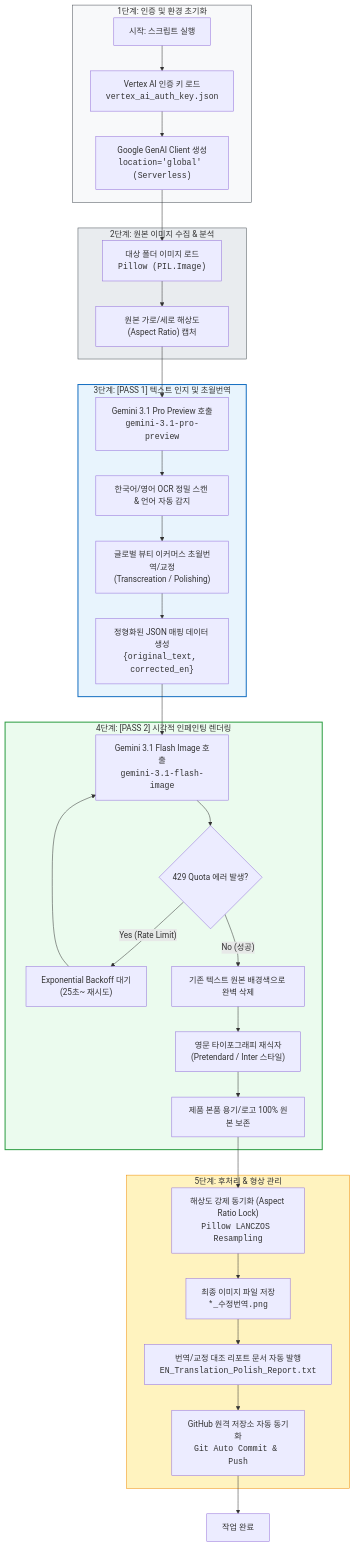
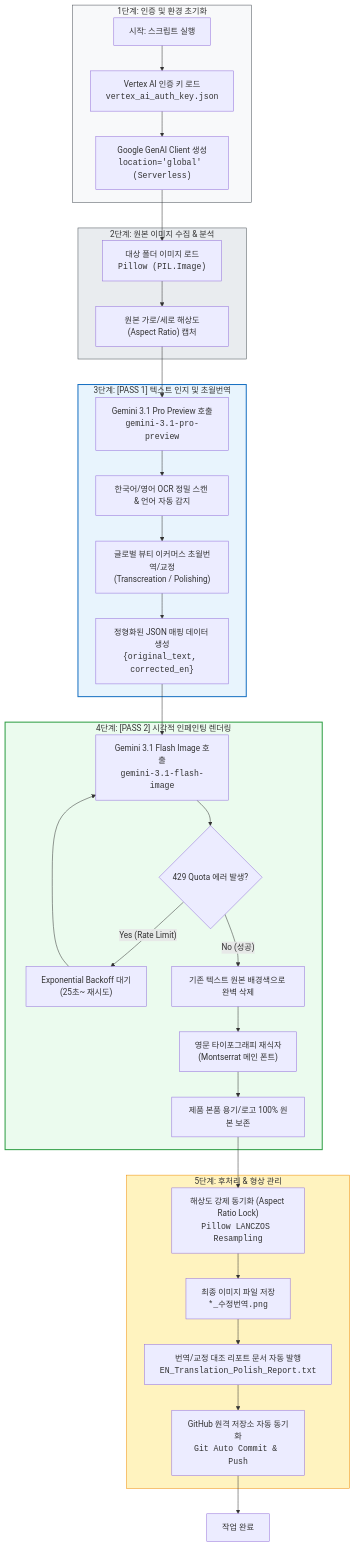
One commit to euntaewoo/PANDORA changed the diagram in 영어/EN_Engine_Workflow_and_TechStack.md. Above: the diagram before and after it, drawn with Mermaid. The commit also changed other lines of this file and 5 other files, not shown here.

Commit message:
docs&feat: establish Montserrat as primary English font and Pretendard exclusively for Notice Tables across all engines and docs

````diff
--- a/영어/EN_Engine_Workflow_and_TechStack.md
+++ b/영어/EN_Engine_Workflow_and_TechStack.md
@@ -9,50 +9,50 @@
 ```mermaid
 graph TD
     %% 1단계: 인증 및 환경 초기화
     subgraph S1["1단계: 인증 및 환경 초기화"]
         A["시작: 스크립트 실행"] --> B["Vertex AI 인증 키 로드<br><code>vertex_ai_auth_key.json</code>"]
         B --> C["Google GenAI Client 생성<br><code>location='global' (Serverless)</code>"]
     end
 
     %% 2단계: 원본 이미지 수집 & 분석
     subgraph S2["2단계: 원본 이미지 수집 & 분석"]
         C --> D["대상 폴더 이미지 로드<br><code>Pillow (PIL.Image)</code>"]
         D --> E["원본 가로/세로 해상도(Aspect Ratio) 캡처"]
     end
 
     %% 3단계: Pass 1 텍스트 인지 및 초월번역
     subgraph S3["3단계: [PASS 1] 텍스트 인지 및 초월번역"]
         E --> F["Gemini 3.1 Pro Preview 호출<br><code>gemini-3.1-pro-preview</code>"]
         F --> G["한국어/영어 OCR 정밀 스캔 & 언어 자동 감지"]
         G --> H["글로벌 뷰티 이커머스 초월번역/교정<br>(Transcreation / Polishing)"]
         H --> I["정형화된 JSON 매핑 데이터 생성<br><code>{original_text, corrected_en}</code>"]
     end
 
     %% 4단계: Pass 2 인페인팅 렌더링
     subgraph S4["4단계: [PASS 2] 시각적 인페인팅 렌더링"]
         I --> J["Gemini 3.1 Flash Image 호출<br><code>gemini-3.1-flash-image</code>"]
         J --> K{"429 Quota 에러 발생?"}
         K -- "Yes (Rate Limit)" --> L["Exponential Backoff 대기<br>(25초~ 재시도)"]
         L --> J
         K -- "No (성공)" --> M["기존 텍스트 원본 배경색으로 완벽 삭제"]
-        M --> N["영문 타이포그래피 재식자<br>(Pretendard / Inter 스타일)"]
+        M --> N["영문 타이포그래피 재식자<br>(Montserrat 메인 폰트)"]
         N --> O["제품 본품 용기/로고 100% 원본 보존"]
     end
 
     %% 5단계: 후처리 및 저장
     subgraph S5["5단계: 후처리 & 형상 관리"]
         O --> P["해상도 강제 동기화 (Aspect Ratio Lock)<br><code>Pillow LANCZOS Resampling</code>"]
         P --> Q["최종 이미지 파일 저장<br><code>*_수정번역.png</code>"]
         Q --> R["번역/교정 대조 리포트 문서 자동 발행<br><code>EN_Translation_Polish_Report.txt</code>"]
         R --> S["GitHub 원격 저장소 자동 동기화<br><code>Git Auto Commit & Push</code>"]
     end
 
     S --> T["작업 완료"]
 
     %% 스타일링
     style S1 fill:#f8f9fa,stroke:#495057,stroke-width:1px
     style S2 fill:#e9ecef,stroke:#495057,stroke-width:1px
     style S3 fill:#e8f4fd,stroke:#1971c2,stroke-width:2px
     style S4 fill:#ebfbee,stroke:#2f9e44,stroke-width:2px
     style S5 fill:#fff3bf,stroke:#f08c00,stroke-width:1px
 ```
````
